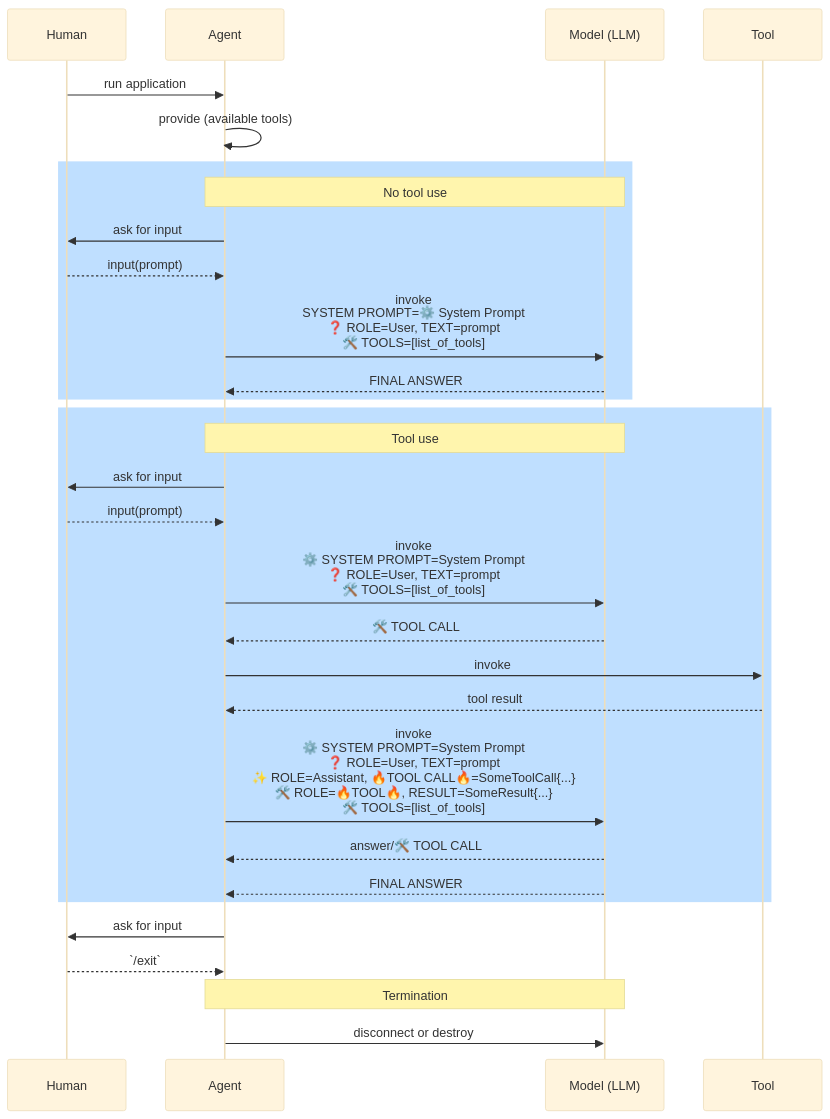
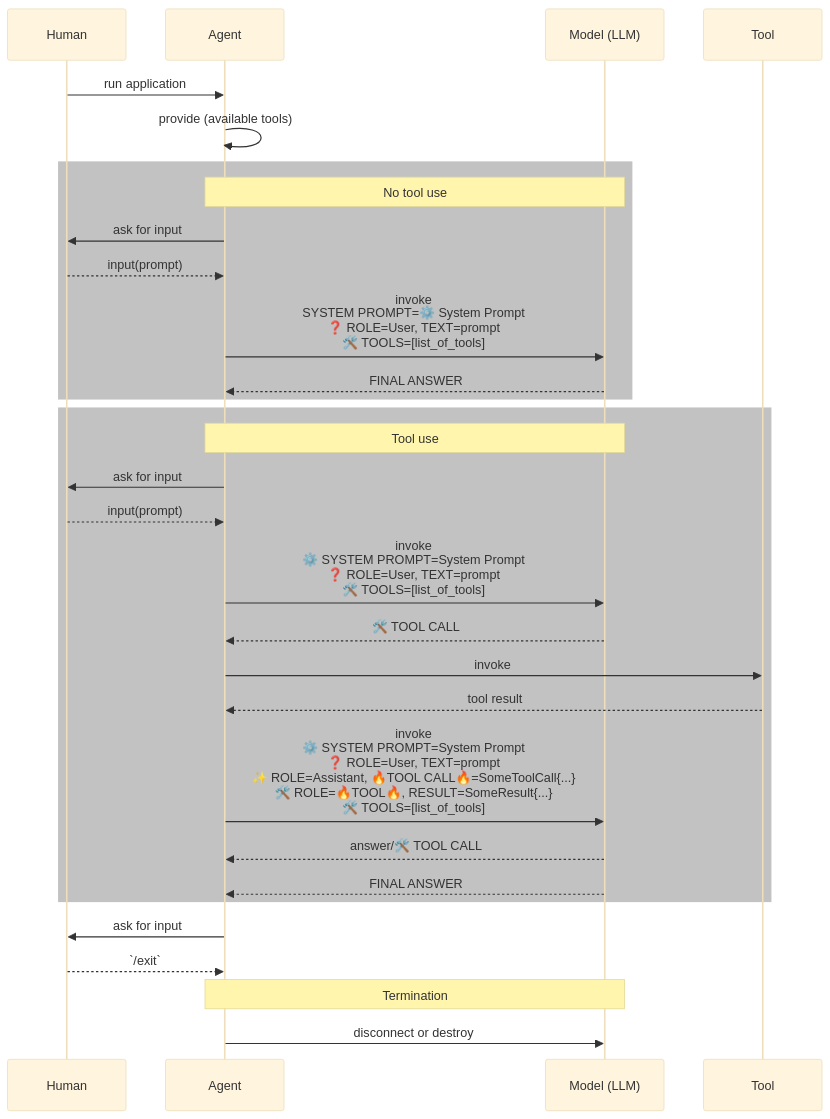
The diagram in M1/sequence-diagrams/3.tools.mermaid (developer-jutra/dj-course), drawn with Mermaid (base theme) before and after one commit. The commit also changed 4 other files, not shown here.

```diff
--- a/M1/sequence-diagrams/3.tools.mermaid
+++ b/M1/sequence-diagrams/3.tools.mermaid
@@ -1,40 +1,40 @@
 sequenceDiagram
     participant H as Human
     participant A as Agent
     participant M as Model (LLM)
     participant T as Tool
 
     H ->> A: run application
     A ->> A: provide (available tools)
 
-    rect rgb(191, 223, 255)
+    rect rgba(55,55,55, 0.3)
     Note over A, M: No tool use
     A ->> H: ask for input
     H -->> A: input(prompt)
     A ->> M: invoke<br />SYSTEM PROMPT=⚙️ System Prompt<br/>❓ ROLE=User, TEXT=prompt<br/>🛠️ TOOLS=[list_of_tools]
     M -->> A: FINAL ANSWER
     end
     
-    rect rgb(191, 223, 255)
+    rect rgba(55,55,55, 0.3)
     Note over A, M: Tool use
     A ->> H: ask for input
     H -->> A: input(prompt)
     A ->> M: invoke<br />⚙️ SYSTEM PROMPT=System Prompt<br/>❓ ROLE=User, TEXT=prompt<br/>🛠️ TOOLS=[list_of_tools]
     M -->> A: 🛠️ TOOL CALL
 
     A ->> T: invoke
     T -->> A: tool result
     %% no user prompt here (!)
     A ->> M: invoke<br />⚙️ SYSTEM PROMPT=System Prompt<br/>❓ ROLE=User, TEXT=prompt<br/>✨ ROLE=Assistant, 🔥TOOL CALL🔥=SomeToolCall{...}<br/>🛠️ ROLE=🔥TOOL🔥, RESULT=SomeResult{...}<br/>🛠️ TOOLS=[list_of_tools]
 
     %% either another TOOL CALL
     M -->> A: answer/🛠️ TOOL CALL
     %% or FINAL ANSWER (text)
     M -->> A: FINAL ANSWER
     end
 
     A ->> H: ask for input
     H -->> A: `/exit`
     Note over A, M: Termination
     A ->> M: disconnect or destroy
     destroy M
```
